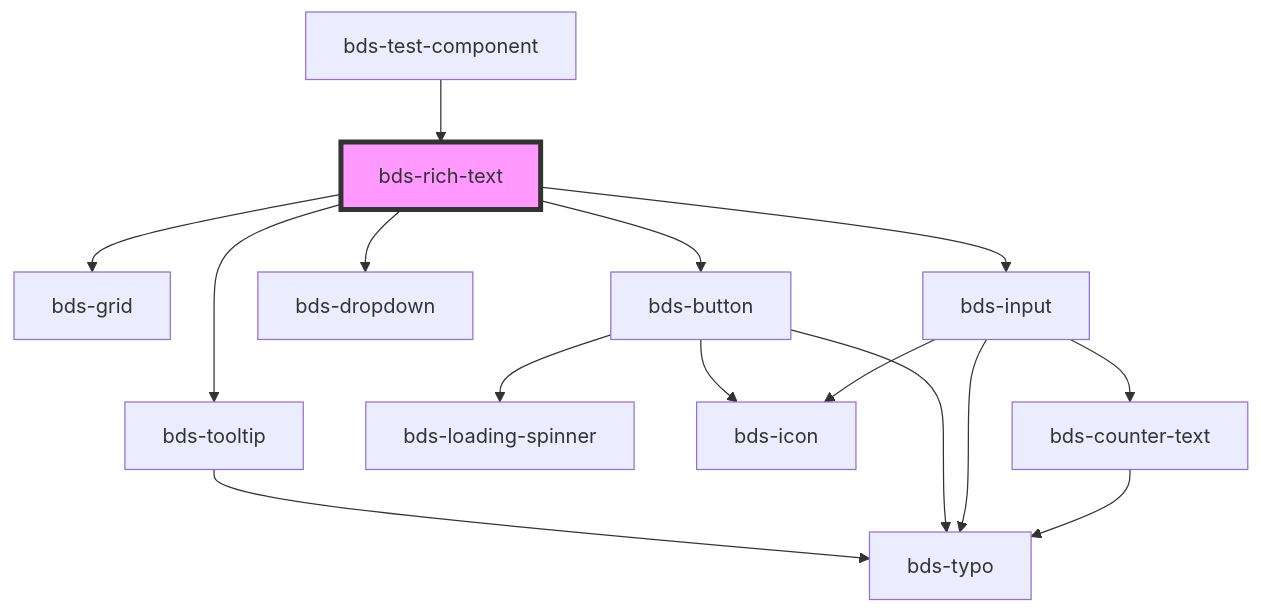
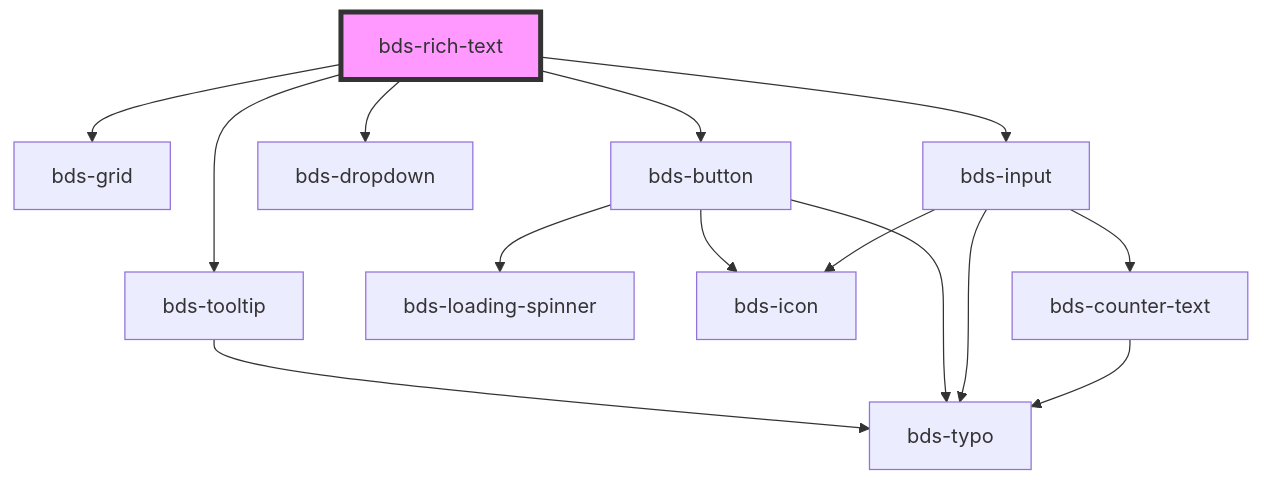
Before and after one commit to takenet/blip-ds: the diagram in src/components/rict-text/readme.md, drawn with Mermaid. The commit also changed other lines of this file and 5 other files, not shown here.

Commit message:
feat(rich-text): new component Rich Text

````diff
--- a/src/components/rict-text/readme.md
+++ b/src/components/rict-text/readme.md
@@ -42,18 +38,17 @@
 ```mermaid
 graph TD;
   bds-rich-text --> bds-grid
   bds-rich-text --> bds-tooltip
   bds-rich-text --> bds-button
   bds-rich-text --> bds-dropdown
   bds-rich-text --> bds-input
   bds-tooltip --> bds-typo
   bds-button --> bds-loading-spinner
   bds-button --> bds-icon
   bds-button --> bds-typo
   bds-input --> bds-icon
   bds-input --> bds-typo
   bds-input --> bds-counter-text
   bds-counter-text --> bds-typo
-  bds-test-component --> bds-rich-text
   style bds-rich-text fill:#f9f,stroke:#333,stroke-width:4px
 ```
````
